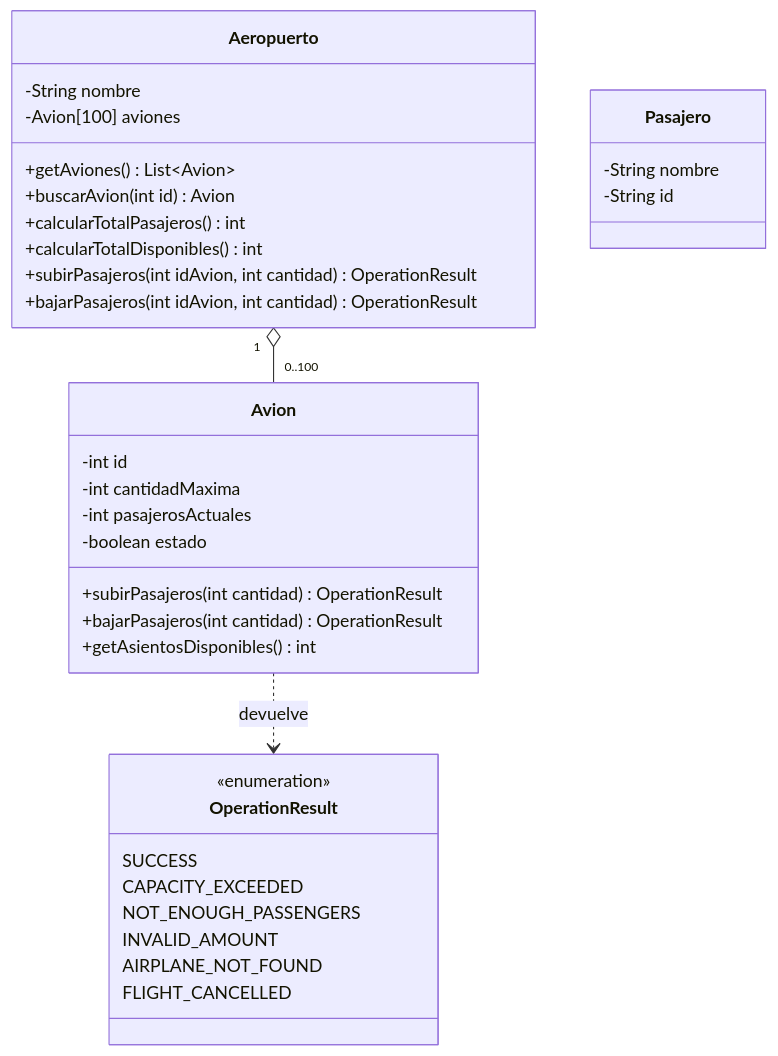
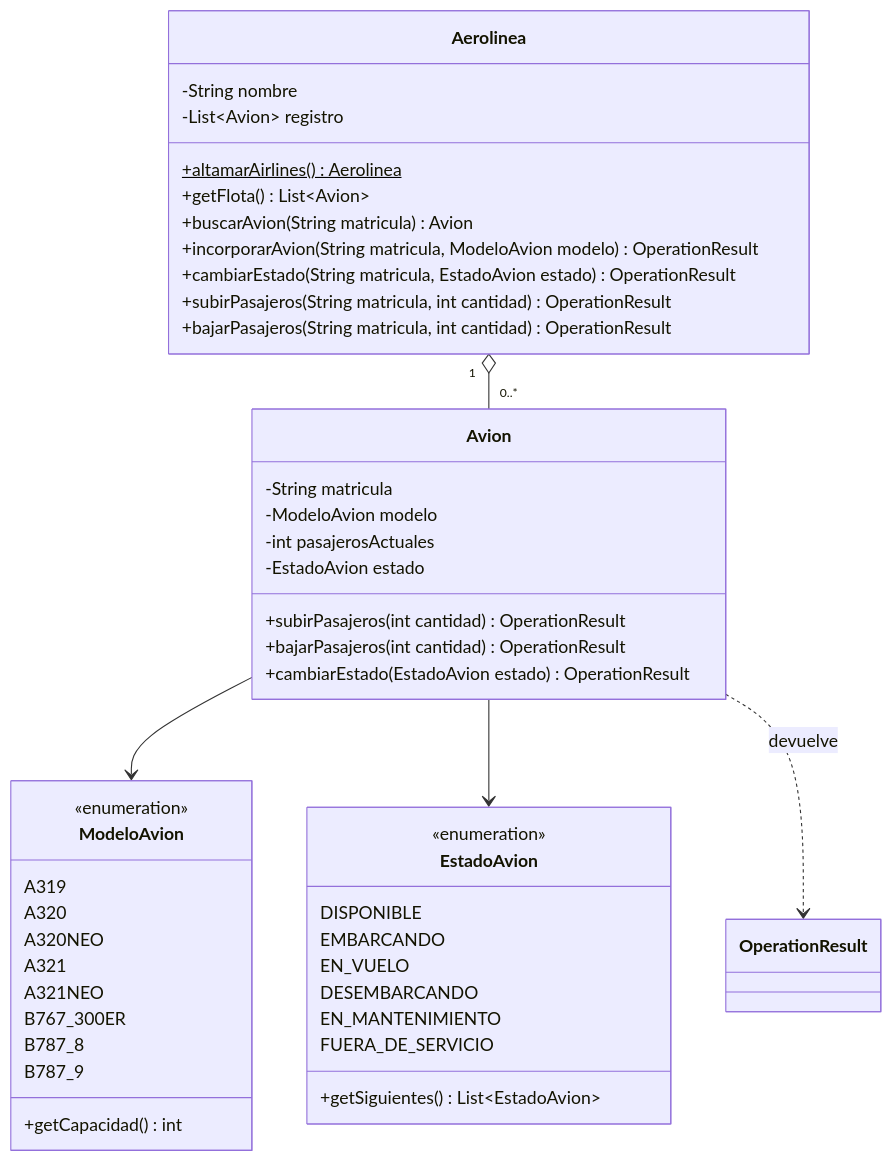
The first of 2 diagrams in README.md (Pazvzv24/gestion_aeropuerto), drawn with Mermaid before and after one commit. The commit also changed other lines of this file and 15 other files, not shown here.

First line of the commit message:
v2.2: Altamar Airlines con flota, matrículas y estados

````diff
--- a/README.md
+++ b/README.md
@@ -129,37 +139,49 @@
 ```mermaid
 classDiagram
-    class Aeropuerto {
+    class Aerolinea {
         -String nombre
-        -Avion[100] aviones
-        +getAviones() List~Avion~
-        +buscarAvion(int id) Avion
-        +calcularTotalPasajeros() int
-        +calcularTotalDisponibles() int
-        +subirPasajeros(int idAvion, int cantidad) OperationResult
-        +bajarPasajeros(int idAvion, int cantidad) OperationResult
+        -List~Avion~ registro
+        +altamarAirlines()$ Aerolinea
+        +getFlota() List~Avion~
+        +buscarAvion(String matricula) Avion
+        +incorporarAvion(String matricula, ModeloAvion modelo) OperationResult
+        +cambiarEstado(String matricula, EstadoAvion estado) OperationResult
+        +subirPasajeros(String matricula, int cantidad) OperationResult
+        +bajarPasajeros(String matricula, int cantidad) OperationResult
     }
     class Avion {
-        -int id
-        -int cantidadMaxima
+        -String matricula
+        -ModeloAvion modelo
         -int pasajerosActuales
-        -boolean estado
+        -EstadoAvion estado
         +subirPasajeros(int cantidad) OperationResult
         +bajarPasajeros(int cantidad) OperationResult
-        +getAsientosDisponibles() int
+        +cambiarEstado(EstadoAvion estado) OperationResult
     }
-    class Pasajero {
-        -String nombre
-        -String id
+    class ModeloAvion {
+        <<enumeration>>
+        A319
+        A320
+        A320NEO
+        A321
+        A321NEO
+        B767_300ER
+        B787_8
+        B787_9
+        +getCapacidad() int
     }
-    class OperationResult {
+    class EstadoAvion {
         <<enumeration>>
-        SUCCESS
-        CAPACITY_EXCEEDED
-        NOT_ENOUGH_PASSENGERS
-        INVALID_AMOUNT
-        AIRPLANE_NOT_FOUND
-        FLIGHT_CANCELLED
+        DISPONIBLE
+        EMBARCANDO
+        EN_VUELO
+        DESEMBARCANDO
+        EN_MANTENIMIENTO
+        FUERA_DE_SERVICIO
+        +getSiguientes() List~EstadoAvion~
     }
-    Aeropuerto "1" o-- "0..100" Avion
+    Aerolinea "1" o-- "0..*" Avion
+    Avion --> ModeloAvion
+    Avion --> EstadoAvion
     Avion ..> OperationResult : devuelve
 ```
````
